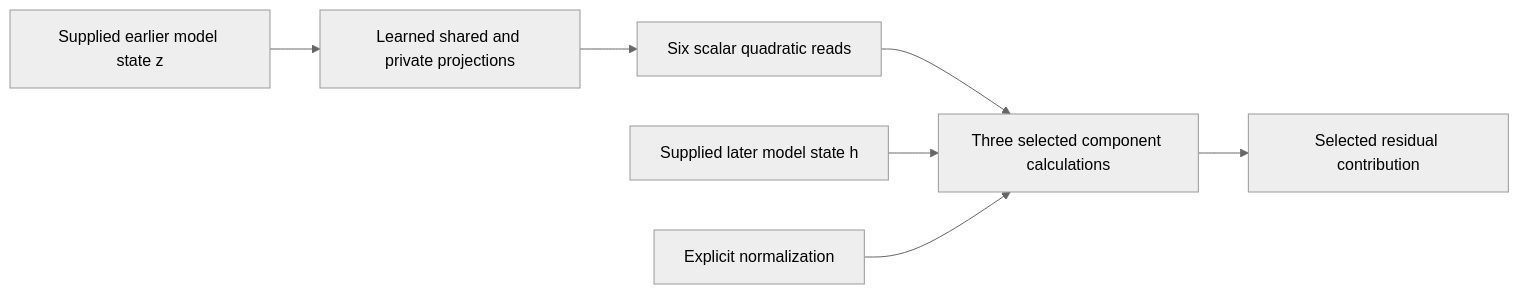
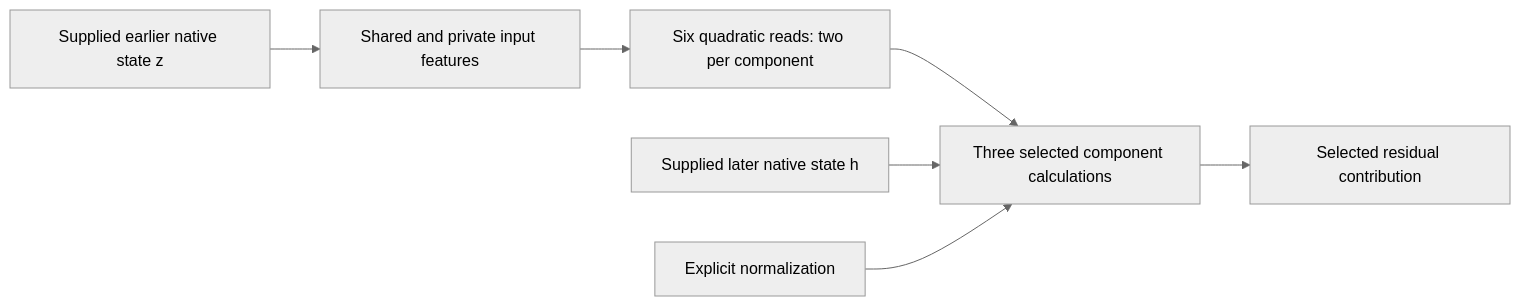
The second of 2 diagrams in basis_aligned/polynomial_causal/explanations/for_logan/research_update_2026-09-21_0104_full_coverage_and_shared_baselines.md (loganriggs/tensor_language), drawn with Mermaid (neutral theme) before and after one commit. The commit also changed other lines of this file and 14 other files, not shown here.

Commit message:
Explain two-stage trajectory and diagnose native stall with equivalent private coordinates

````diff
--- a/basis_aligned/polynomial_causal/explanations/for_logan/research_update_2026-09-21_0104_full_coverage_and_shared_baselines.md
+++ b/basis_aligned/polynomial_causal/explanations/for_logan/research_update_2026-09-21_0104_full_coverage_and_shared_baselines.md
@@ -128,9 +122,9 @@
 ```mermaid
 flowchart LR
-    Z[Supplied earlier model state z] --> S[Learned shared and private projections]
-    S --> Q[Six scalar quadratic reads]
-    Q --> C[Three selected component calculations]
-    H[Supplied later model state h] --> C
+    Z[Supplied earlier native state z] --> P[Shared and private input features]
+    P --> R[Six quadratic reads: two per component]
+    R --> C[Three selected component calculations]
+    H[Supplied later native state h] --> C
     N[Explicit normalization] --> C
     C --> O[Selected residual contribution]
 ```
````
